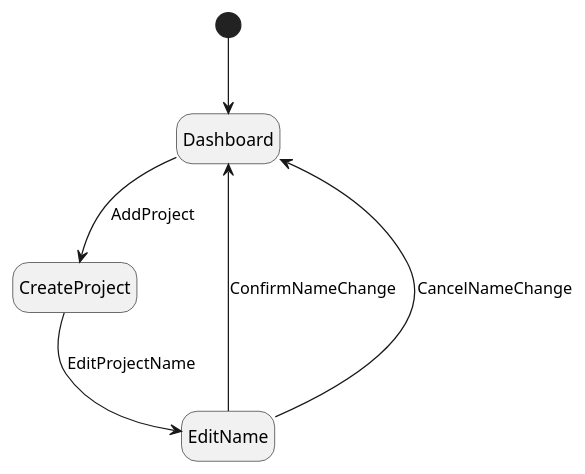
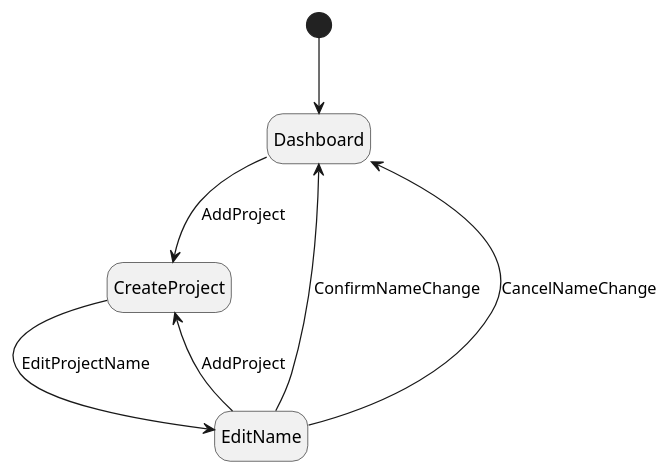
The diagram in assignments/4_model_based_testing/state_machines/state_machine_1.puml (JoaoCostaIFG/tvvs), drawn with PlantUML before and after one commit. The commit also changed 3 other files, not shown here.

```diff
--- a/assignments/4_model_based_testing/state_machines/state_machine_1.puml
+++ b/assignments/4_model_based_testing/state_machines/state_machine_1.puml
@@ -1,13 +1,14 @@
 @startuml
 hide empty description
 
 [*] --> Dashboard
 
 Dashboard --> CreateProject : AddProject
 
 CreateProject --> EditName : EditProjectName
 
+EditName --> CreateProject : AddProject
 EditName --> Dashboard : ConfirmNameChange
 EditName --> Dashboard : CancelNameChange
 
 @enduml
```
